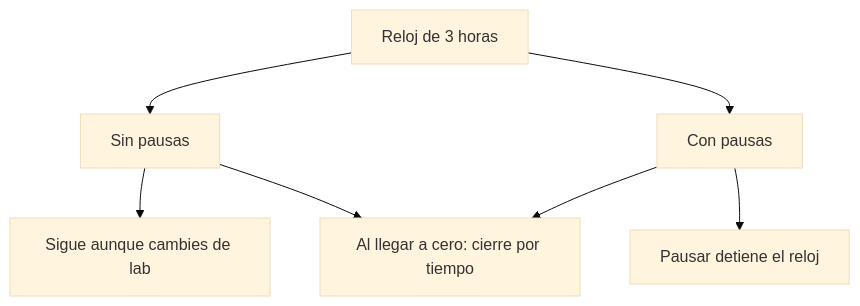
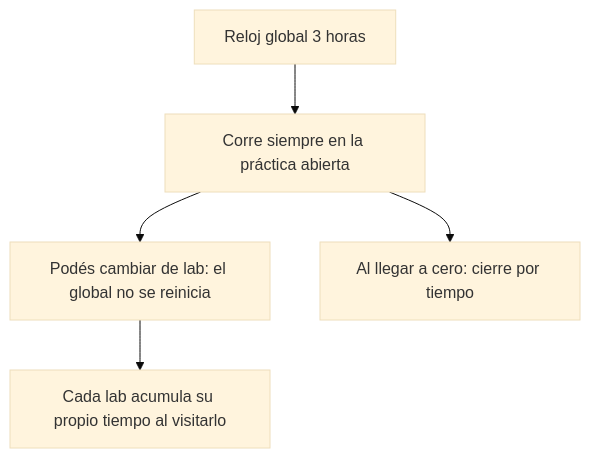
One commit to arceprogramando/exam-sysadmin-practice changed the second of 2 diagrams in README.md. Above: the diagram before and after it, drawn with Mermaid (base theme). The commit also changed other lines of this file, not shown here.

````diff
--- a/README.md
+++ b/README.md
@@ -67,12 +65,8 @@
 ```mermaid
 flowchart TD
-  reloj[Reloj de 3 horas]
-  fijo[Sin pausas]
-  pausable[Con pausas]
-  reloj --> fijo
-  reloj --> pausable
-  fijo --> sigue[Sigue aunque cambies de lab]
-  pausable --> pausa[Pausar detiene el reloj]
-  fijo --> fin[Al llegar a cero: cierre por tiempo]
-  pausable --> fin
+  reloj[Reloj global 3 horas]
+  reloj --> corre[Corre siempre en la práctica abierta]
+  corre --> labs[Podés cambiar de lab: el global no se reinicia]
+  labs --> labTimer[Cada lab acumula su propio tiempo al visitarlo]
+  corre --> fin[Al llegar a cero: cierre por tiempo]
 ```
````
